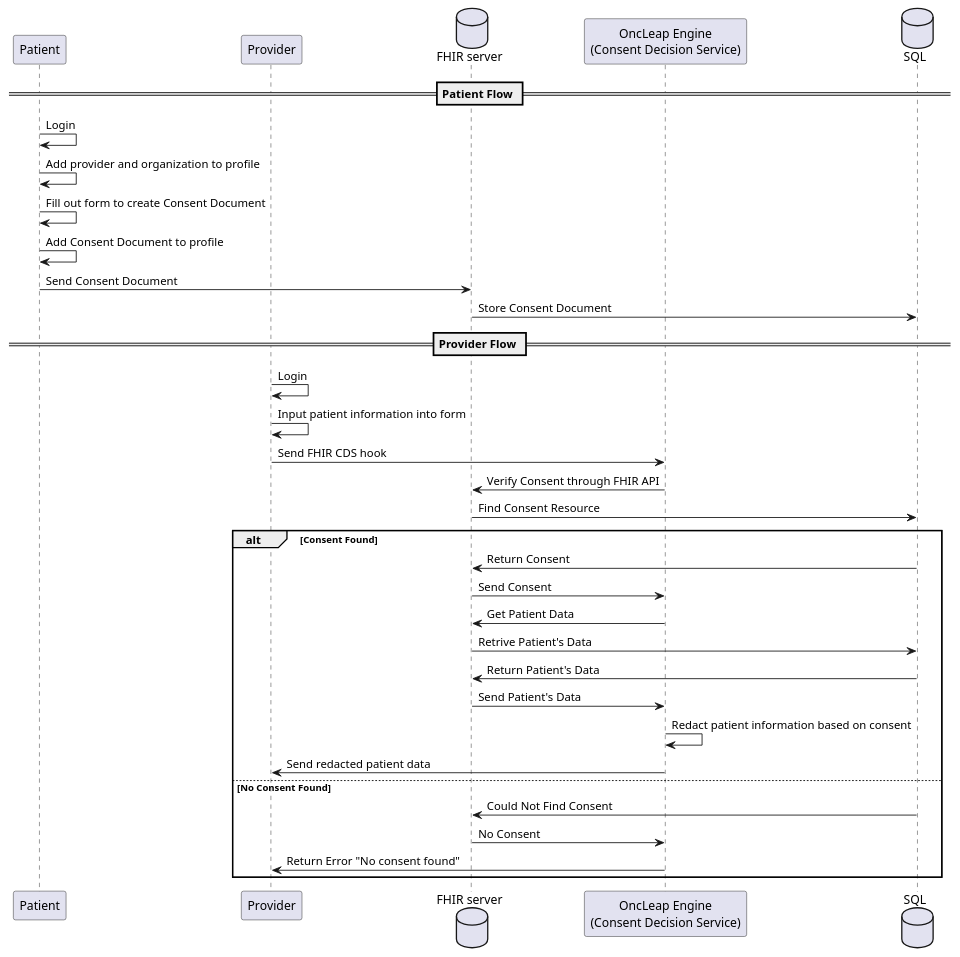
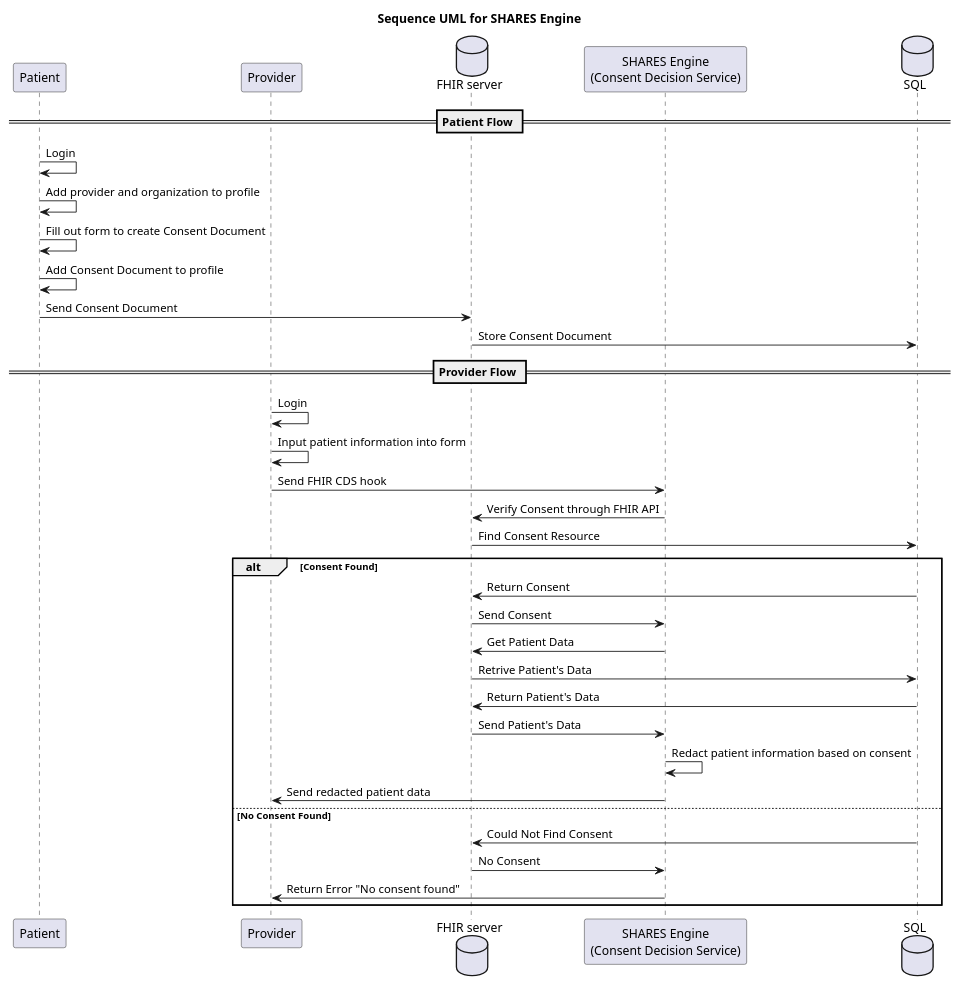
The diagram in src/sequence.plantuml (asushares/uml-diagrams), drawn with PlantUML before and after one commit. The commit also changed 2 other files, not shown here.

```diff
--- a/src/sequence.plantuml
+++ b/src/sequence.plantuml
@@ -1,36 +1,38 @@
 @startuml Sequence UML
+
+title Sequence UML for SHARES Engine
 participant Patient
 participant Provider
 database "FHIR server" as FHIR
-participant "OncLeap Engine\n(Consent Decision Service)" as OncLeap
+participant "SHARES Engine\n(Consent Decision Service)" as SHARES
 database SQL
 
 == Patient Flow ==
 Patient -> Patient: Login
 Patient -> Patient: Add provider and organization to profile
 Patient -> Patient: Fill out form to create Consent Document
 Patient -> Patient: Add Consent Document to profile
 Patient -> FHIR: Send Consent Document
 FHIR -> SQL: Store Consent Document
 
 == Provider Flow ==
 Provider -> Provider: Login
 Provider -> Provider: Input patient information into form
-Provider -> OncLeap: Send FHIR CDS hook
-OncLeap -> FHIR: Verify Consent through FHIR API
+Provider -> SHARES: Send FHIR CDS hook
+SHARES -> FHIR: Verify Consent through FHIR API
 FHIR -> SQL: Find Consent Resource
 alt Consent Found
     SQL -> FHIR: Return Consent
-    FHIR -> OncLeap: Send Consent
-    OncLeap -> FHIR: Get Patient Data
+    FHIR -> SHARES: Send Consent
+    SHARES -> FHIR: Get Patient Data
     FHIR -> SQL: Retrive Patient's Data
     SQL -> FHIR: Return Patient's Data
-    FHIR -> OncLeap: Send Patient's Data
-    OncLeap -> OncLeap: Redact patient information based on consent
-    OncLeap -> Provider: Send redacted patient data
+    FHIR -> SHARES: Send Patient's Data
+    SHARES -> SHARES: Redact patient information based on consent
+    SHARES -> Provider: Send redacted patient data
 else No Consent Found
     SQL -> FHIR: Could Not Find Consent
-    FHIR -> OncLeap: No Consent
-    OncLeap -> Provider: Return Error "No consent found"
+    FHIR -> SHARES: No Consent
+    SHARES -> Provider: Return Error "No consent found"
 end
 @enduml
```
